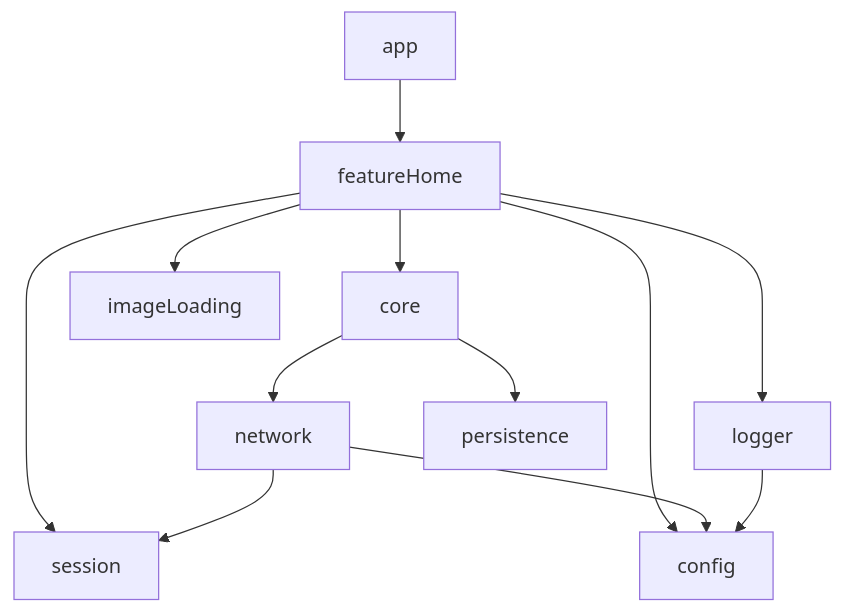
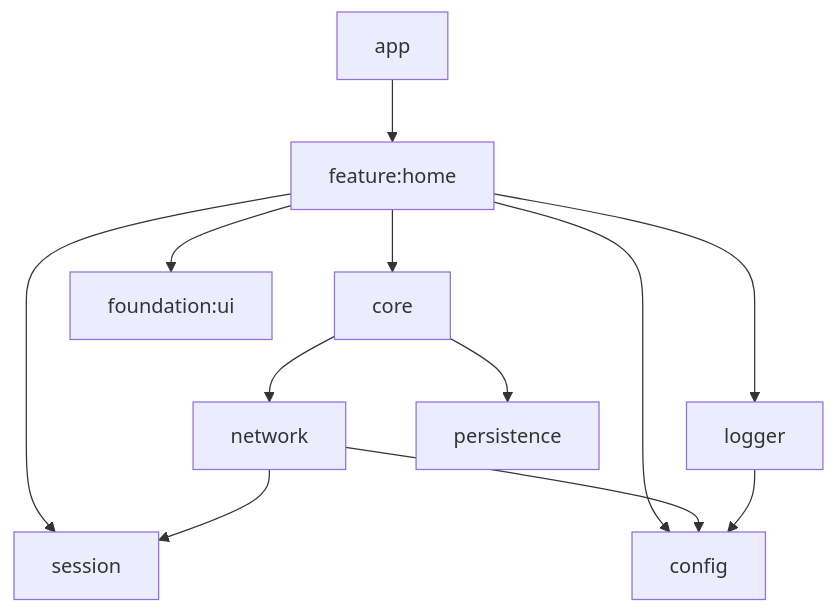
Before and after one commit to tapptitude/AndroidKotlinMVVMTemplate: the diagram in README.md, drawn with Mermaid. The commit also changed other lines of this file, not shown here.

````diff
--- a/README.md
+++ b/README.md
@@ -64,14 +61,14 @@
 ```mermaid
     graph TD;
-        app-->featureHome;
-        featureHome-->core;
-        featureHome-->session;
-        featureHome-->imageLoading;
-        featureHome-->logger;
-        featureHome-->config;
+        app-->feature:home;
+        feature:home-->core;
+        feature:home-->session;
+        feature:home-->logger;
+        feature:home-->config;
+        feature:home-->foundation:ui;
         core-->network;
         core-->persistence;
         network-->session;
         network-->config;
         logger-->config;
 ```
````
